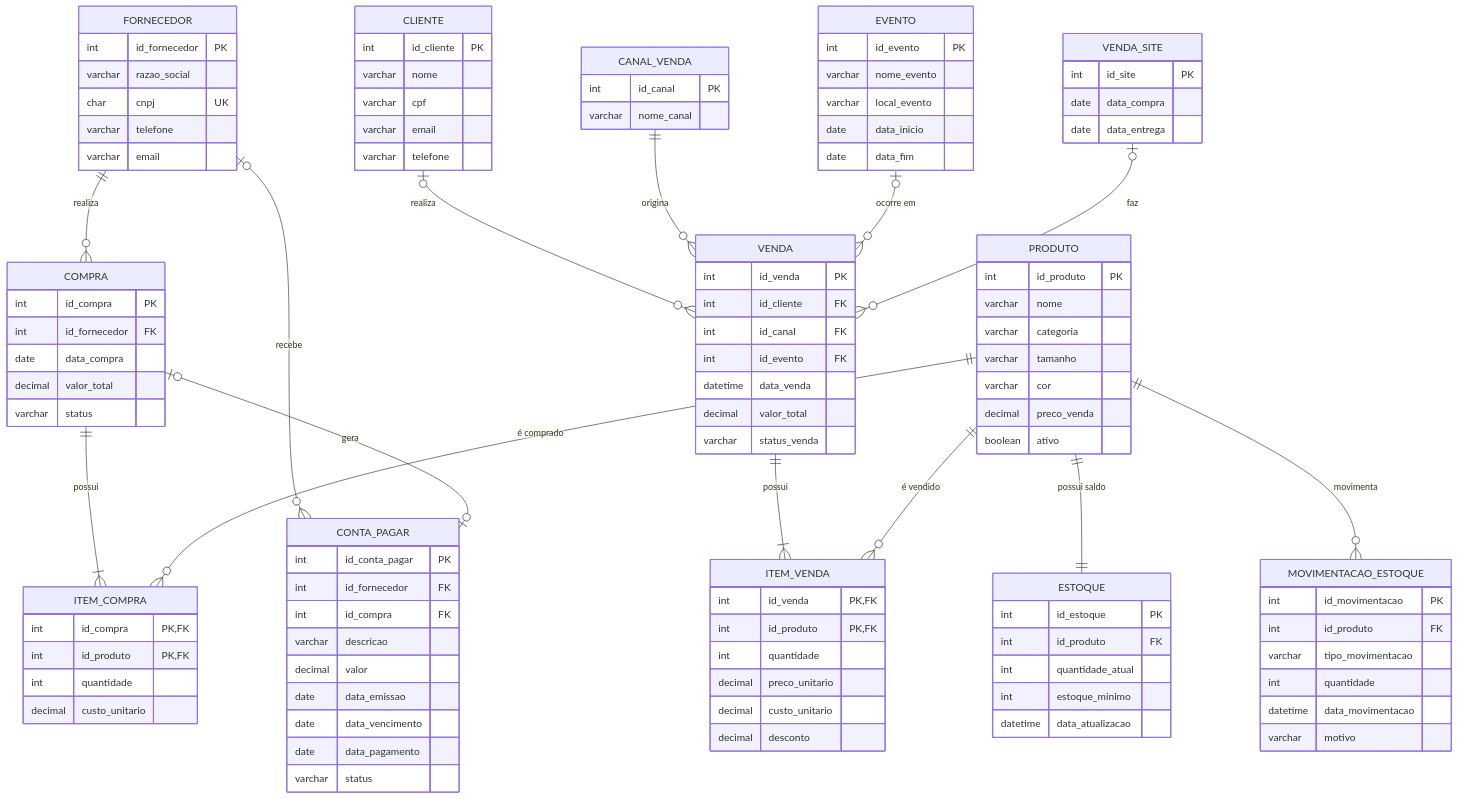
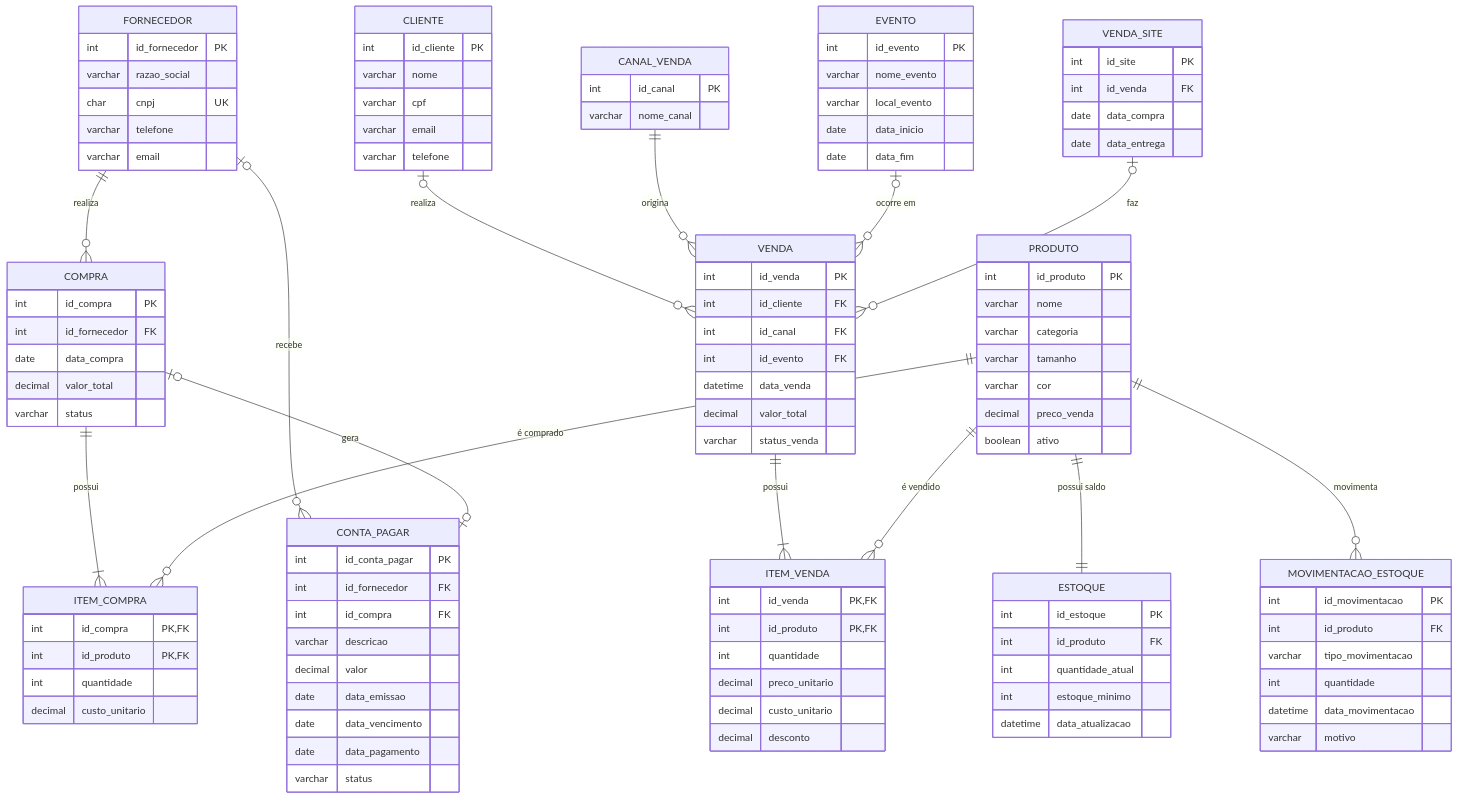
Before and after one commit to Larycronx/Der_Banco_De_Dados: the diagram in DER/der.mmd, drawn with Mermaid.

Commit message:
Add foreign key id_venda to VENDA_SITE

```diff
--- a/DER/der.mmd
+++ b/DER/der.mmd
@@ -1,122 +1,123 @@
 
 erDiagram
     FORNECEDOR ||--o{ COMPRA : "realiza"
     COMPRA ||--|{ ITEM_COMPRA : "possui"
     PRODUTO ||--o{ ITEM_COMPRA : "é comprado"
     PRODUTO ||--|| ESTOQUE : "possui saldo"
     PRODUTO ||--o{ MOVIMENTACAO_ESTOQUE : "movimenta"
     CLIENTE o|--o{ VENDA : "realiza"
     CANAL_VENDA ||--o{ VENDA : "origina"
     EVENTO o|--o{ VENDA : "ocorre em"
     VENDA ||--|{ ITEM_VENDA : "possui"
     PRODUTO ||--o{ ITEM_VENDA : "é vendido"
     FORNECEDOR o|--o{ CONTA_PAGAR : "recebe"
     COMPRA o|--o| CONTA_PAGAR : "gera"
     VENDA_SITE o|--o{ VENDA : "faz"
     PRODUTO {
         int id_produto PK
         varchar nome
         varchar categoria
         varchar tamanho
         varchar cor
         decimal preco_venda
         boolean ativo
     }
 
     ESTOQUE {
         int id_estoque PK
         int id_produto FK
         int quantidade_atual
         int estoque_minimo
         datetime data_atualizacao
     }
 
     MOVIMENTACAO_ESTOQUE {
         int id_movimentacao PK
         int id_produto FK
         varchar tipo_movimentacao
         int quantidade
         datetime data_movimentacao
         varchar motivo
     }
 
     FORNECEDOR {
         int id_fornecedor PK
         varchar razao_social
         char cnpj UK
         varchar telefone
         varchar email
     }
 
     COMPRA {
         int id_compra PK
         int id_fornecedor FK
         date data_compra
         decimal valor_total
         varchar status
     }
 
     ITEM_COMPRA {
         int id_compra PK, FK
         int id_produto PK, FK
         int quantidade
         decimal custo_unitario
     }
 
     CLIENTE {
         int id_cliente PK
         varchar nome
         varchar cpf
         varchar email
         varchar telefone
     }
 
     CANAL_VENDA {
         int id_canal PK
         varchar nome_canal
     }
 
     VENDA_SITE {
         int id_site PK
+        int id_venda FK
         date data_compra
         date data_entrega
     }
 
     EVENTO {
         int id_evento PK
         varchar nome_evento
         varchar local_evento
         date data_inicio
         date data_fim
     }
 
     VENDA {
         int id_venda PK
         int id_cliente FK
         int id_canal FK
         int id_evento FK
         datetime data_venda
         decimal valor_total
         varchar status_venda
     }
 
     ITEM_VENDA {
         int id_venda PK, FK
         int id_produto PK, FK
         int quantidade
         decimal preco_unitario
         decimal custo_unitario
         decimal desconto
     }
 
     CONTA_PAGAR {
         int id_conta_pagar PK
         int id_fornecedor FK
         int id_compra FK
         varchar descricao
         decimal valor
         date data_emissao
         date data_vencimento
         date data_pagamento
         varchar status
     }
```
